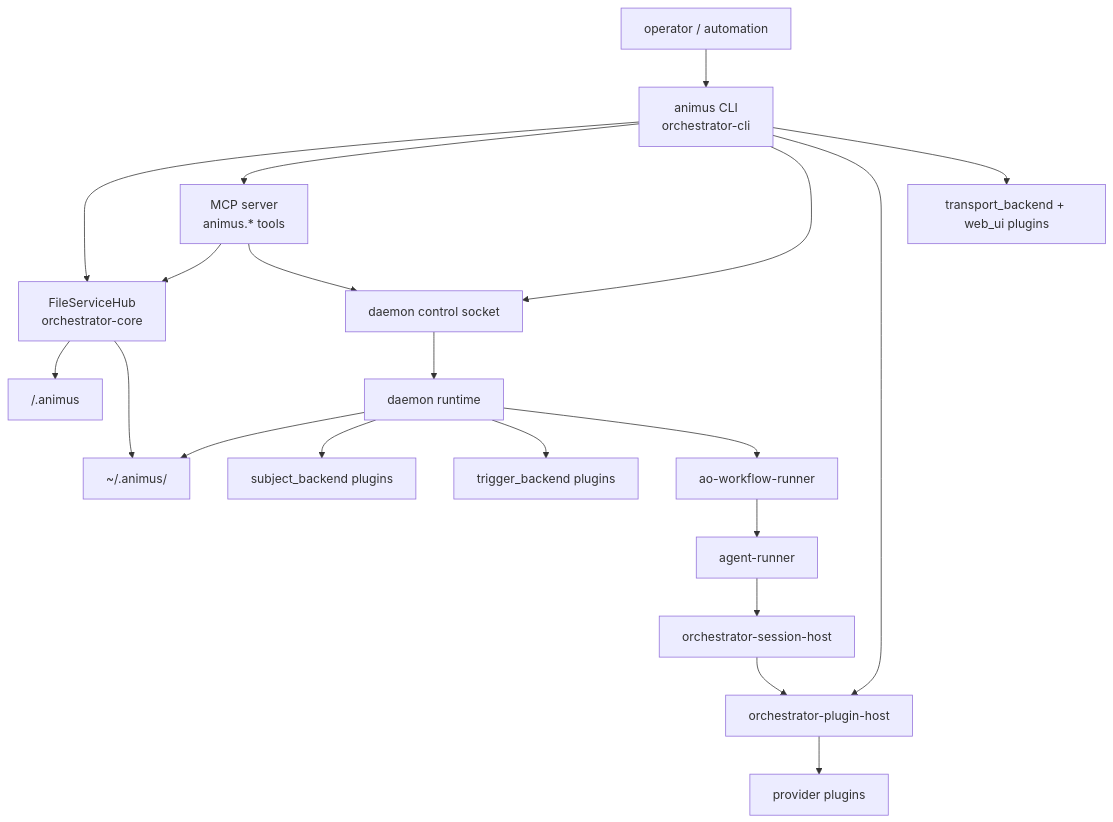
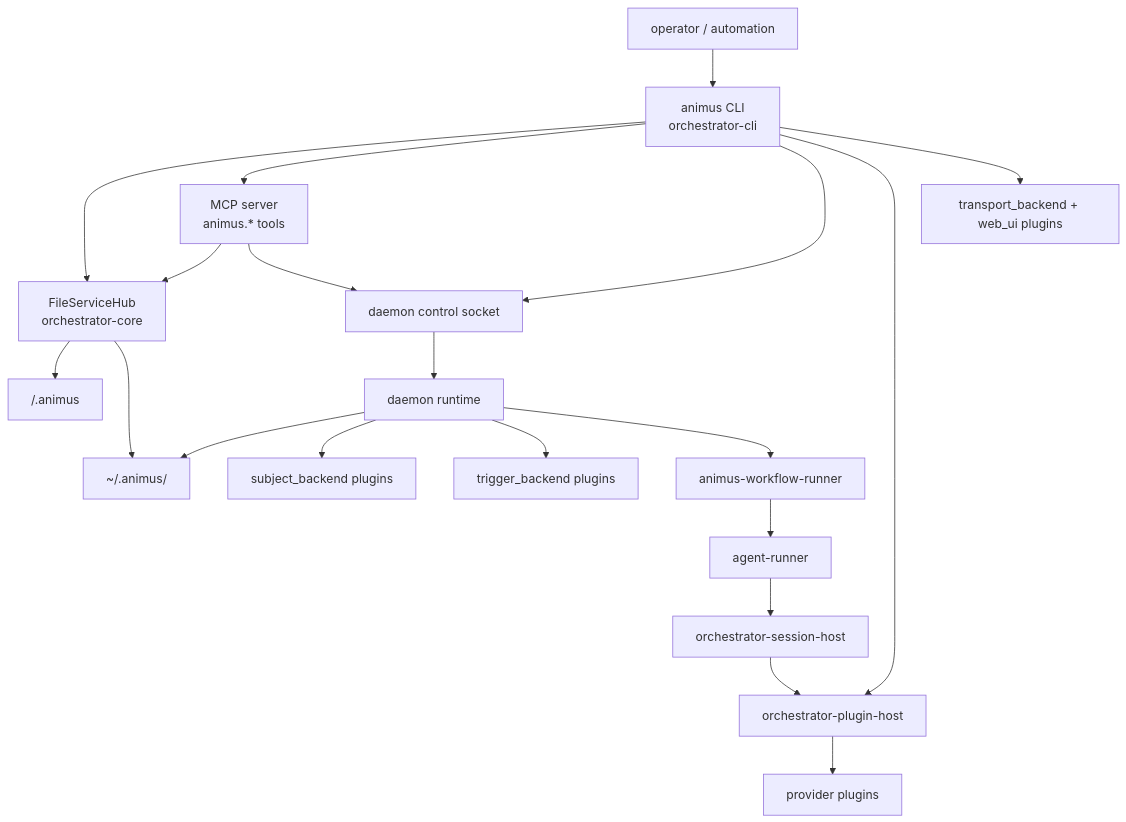
One commit to launchapp-dev/ao-cli changed the first of 2 diagrams in docs/architecture/full-system-architecture.md. Above: the diagram before and after it, drawn with Mermaid. The commit also changed other lines of this file and 19 other files, not shown here.

````diff
--- a/docs/architecture/full-system-architecture.md
+++ b/docs/architecture/full-system-architecture.md
@@ -56,39 +56,39 @@
 ```mermaid
 flowchart TB
     USER["operator / automation"]
     CLI["animus CLI<br/>orchestrator-cli"]
     MCP["MCP server<br/>animus.* tools"]
     CTRL["daemon control socket"]
     CORE["FileServiceHub<br/>orchestrator-core"]
     DAEMON["daemon runtime"]
-    WFR["ao-workflow-runner"]
+    WFR["animus-workflow-runner"]
     AR["agent-runner"]
     SESSION["orchestrator-session-host"]
     PHOST["orchestrator-plugin-host"]
     PROVIDERS["provider plugins"]
     SUBJECTS["subject_backend plugins"]
     TRIGGERS["trigger_backend plugins"]
     WEB["transport_backend + web_ui plugins"]
     STATE["~/.animus/<repo-scope>"]
     LOCAL["<project>/.animus"]
 
     USER --> CLI
     CLI --> CORE
     CLI --> MCP
     CLI --> CTRL
     CLI --> PHOST
     MCP --> CORE
     MCP --> CTRL
     CTRL --> DAEMON
     CORE --> LOCAL
     CORE --> STATE
     DAEMON --> STATE
     DAEMON --> SUBJECTS
     DAEMON --> TRIGGERS
     DAEMON --> WFR
     WFR --> AR
     AR --> SESSION
     SESSION --> PHOST
     PHOST --> PROVIDERS
     CLI --> WEB
 ```
````
